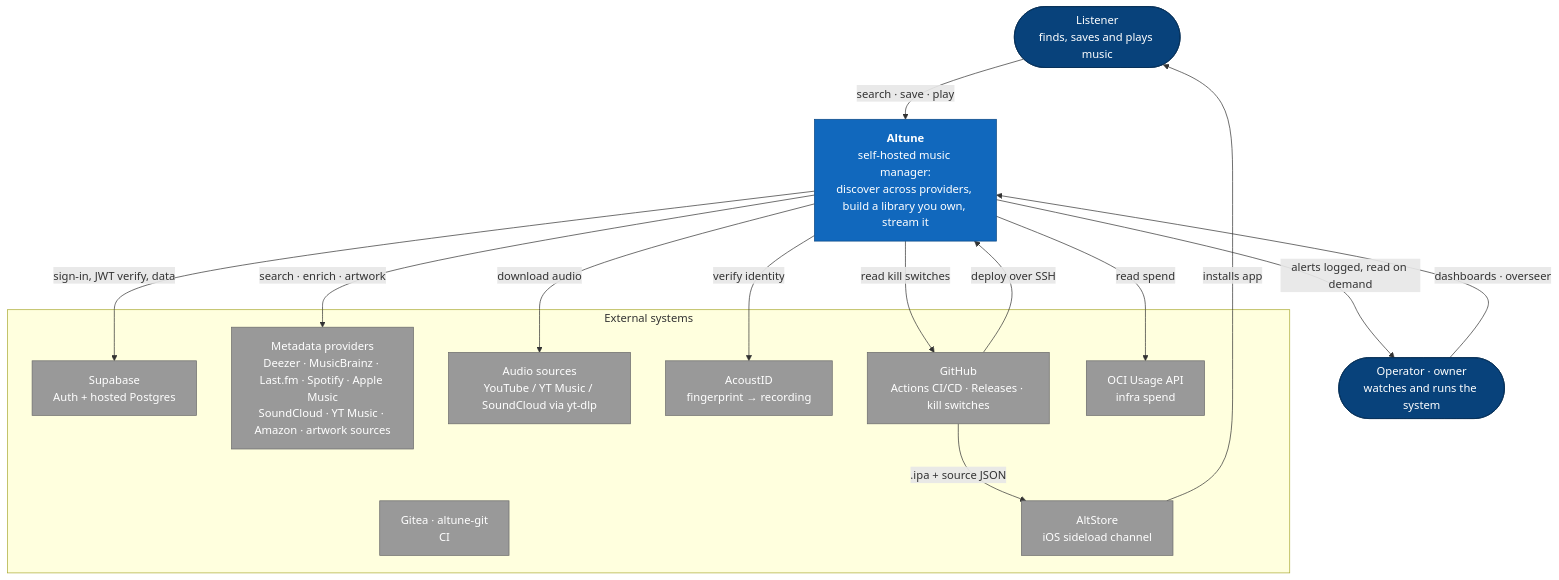
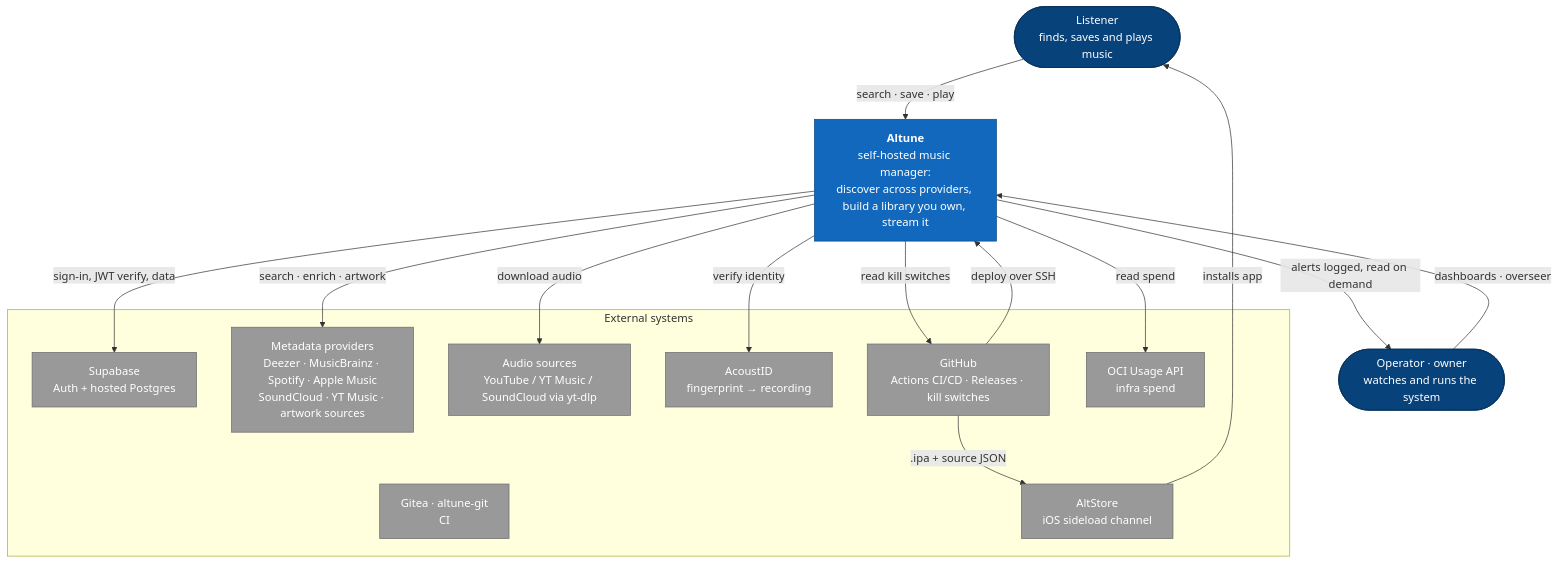
Before and after one commit to aleburrascano/altune: the first of 3 diagrams in docs/diagrams/system.md, drawn with Mermaid. The commit also changed 118 other files, not shown here.

````diff
--- a/docs/diagrams/system.md
+++ b/docs/diagrams/system.md
@@ -7,38 +7,38 @@
 ```mermaid
 flowchart TD
     listener(["Listener<br/>finds, saves and plays music"])
     operator(["Operator · owner<br/>watches and runs the system"])
 
     altune["<b>Altune</b><br/>self-hosted music manager:<br/>discover across providers, build a library you own, stream it"]
 
     subgraph ext [External systems]
         supa["Supabase<br/>Auth + hosted Postgres"]
-        meta["Metadata providers<br/>Deezer · MusicBrainz · Last.fm · Spotify · Apple Music<br/>SoundCloud · YT Music · Amazon · artwork sources"]
+        meta["Metadata providers<br/>Deezer · MusicBrainz · Spotify · Apple Music<br/>SoundCloud · YT Music · artwork sources"]
         sources["Audio sources<br/>YouTube / YT Music / SoundCloud via yt-dlp"]
         acoustid["AcoustID<br/>fingerprint → recording"]
         github["GitHub<br/>Actions CI/CD · Releases · kill switches"]
         gitea["Gitea · altune-git<br/>CI"]
         altstore["AltStore<br/>iOS sideload channel"]
         ociusage["OCI Usage API<br/>infra spend"]
     end
 
     listener -->|search · save · play| altune
     operator -->|dashboards · overseer| altune
     altune -->|sign-in, JWT verify, data| supa
     altune -->|search · enrich · artwork| meta
     altune -->|download audio| sources
     altune -->|verify identity| acoustid
     altune -->|read kill switches| github
     github -->|deploy over SSH| altune
     altune -->|alerts logged, read on demand| operator
     altstore -->|installs app| listener
     github -->|.ipa + source JSON| altstore
     altune -->|read spend| ociusage
 
     classDef sys fill:#1168bd,color:#fff,stroke:#0b4884
     classDef person fill:#08427b,color:#fff,stroke:#052e56
     classDef external fill:#999,color:#fff,stroke:#6b6b6b
     class altune sys
     class listener,operator person
     class supa,meta,sources,acoustid,github,gitea,altstore,ociusage external
 ```
````
